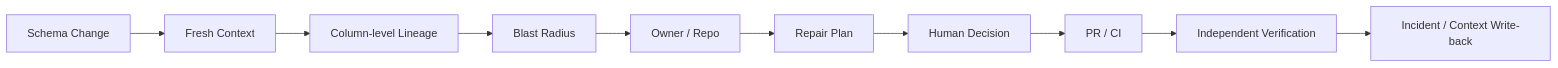
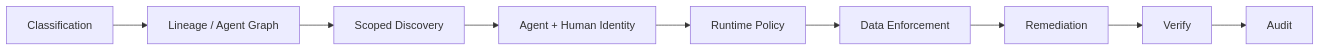
One commit to XiaoWeiKIN/datahub-research changed the diagram in README.md. Above: the diagram before and after it, drawn with Mermaid. The commit also changed other lines of this file, not shown here.

```diff
--- a/README.md
+++ b/README.md
@@ -45,15 +46,14 @@
 ~~~mermaid
 flowchart LR
-    CHANGE[Schema Change]
-    CTX[Fresh Context]
-    LINEAGE[Column-level Lineage]
-    IMPACT[Blast Radius]
-    OWNER[Owner / Repo]
-    PLAN[Repair Plan]
-    DEC[Human Decision]
-    PR[PR / CI]
-    VERIFY[Independent Verification]
-    WRITE[Incident / Context Write-back]
+    CLASS[Classification]
+    GRAPH[Lineage / Agent Graph]
+    DISC[Scoped Discovery]
+    ID[Agent + Human Identity]
+    POLICY[Runtime Policy]
+    DATA[Data Enforcement]
+    REM[Remediation]
+    VERIFY[Verify]
+    AUDIT[Audit]
 
-    CHANGE --> CTX --> LINEAGE --> IMPACT --> OWNER --> PLAN --> DEC --> PR --> VERIFY --> WRITE
+    CLASS --> GRAPH --> DISC --> ID --> POLICY --> DATA --> REM --> VERIFY --> AUDIT
 ~~~
```
